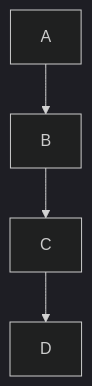
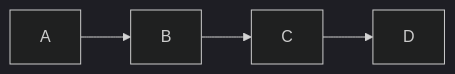
Before and after one commit to laserpants/area-51: the diagram in taiyaki/docs/README.md, drawn with Mermaid (dark theme).

````diff
--- a/taiyaki/docs/README.md
+++ b/taiyaki/docs/README.md
@@ -18,6 +18,6 @@
 ```mermaid
-flowchart TD;
+flowchart LR;
     A --> B;
     B --> C;
     C --> D;
 ```
````
